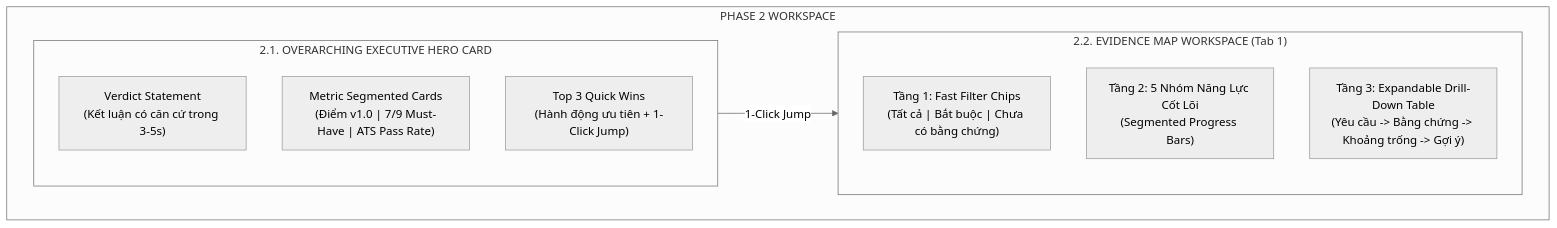
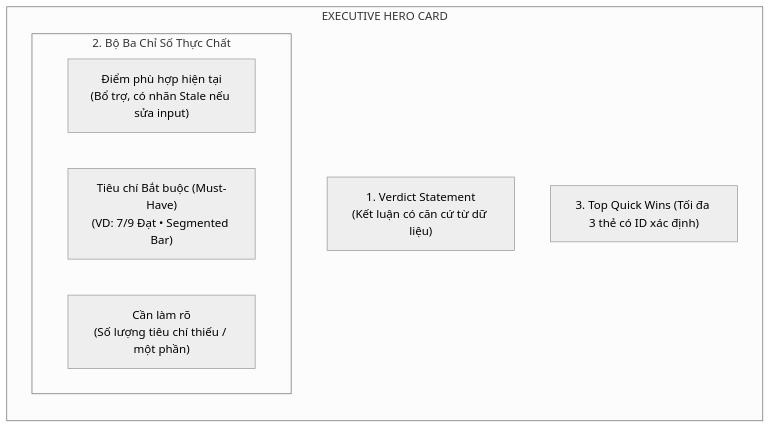
The first of 3 diagrams in docs/PHASE_2_PROPOSAL_RFC.md (vutch86-cmyk/rolematch2), drawn with Mermaid (neutral theme) before and after one commit. The commit also changed other lines of this file, not shown here.

Commit message:
docs(rfc): update Phase 2 Executive Hero & Evidence Map RFC to v1.1 based on PO/ChatGPT architectural review

````diff
--- a/docs/PHASE_2_PROPOSAL_RFC.md
+++ b/docs/PHASE_2_PROPOSAL_RFC.md
@@ -33,18 +55,13 @@
 ```mermaid
-flowchart TD
-    subgraph P2["PHASE 2 WORKSPACE"]
-        subgraph HERO["2.1. OVERARCHING EXECUTIVE HERO CARD"]
-            V["Verdict Statement<br/>(Kết luận có căn cứ trong 3-5s)"]
-            M["Metric Segmented Cards<br/>(Điểm v1.0 | 7/9 Must-Have | ATS Pass Rate)"]
-            Q["Top 3 Quick Wins<br/>(Hành động ưu tiên + 1-Click Jump)"]
+flowchart LR
+    subgraph HERO["EXECUTIVE HERO CARD"]
+        direction TB
+        V["1. Verdict Statement<br/>(Kết luận có căn cứ từ dữ liệu)"]
+        subgraph METRICS["2. Bộ Ba Chỉ Số Thực Chất"]
+            M1["Điểm phù hợp hiện tại<br/>(Bổ trợ, có nhãn Stale nếu sửa input)"]
+            M2["Tiêu chí Bắt buộc (Must-Have)<br/>(VD: 7/9 Đạt • Segmented Bar)"]
+            M3["Cần làm rõ<br/>(Số lượng tiêu chí thiếu / một phần)"]
         end
-
-        subgraph EVIDENCE["2.2. EVIDENCE MAP WORKSPACE (Tab 1)"]
-            F["Tầng 1: Fast Filter Chips<br/>(Tất cả | Bắt buộc | Chưa có bằng chứng)"]
-            B["Tầng 2: 5 Nhóm Năng Lực Cốt Lõi<br/>(Segmented Progress Bars)"]
-            D["Tầng 3: Expandable Drill-Down Table<br/>(Yêu cầu -> Bằng chứng -> Khoảng trống -> Gợi ý)"]
-        end
+        Q["3. Top Quick Wins (Tối đa 3 thẻ có ID xác định)"]
     end
-
-    HERO -->|1-Click Jump| EVIDENCE
 ```
````
